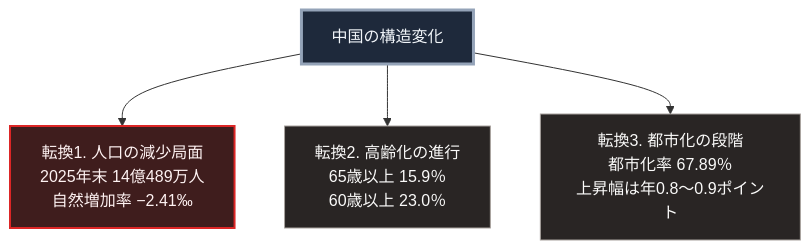
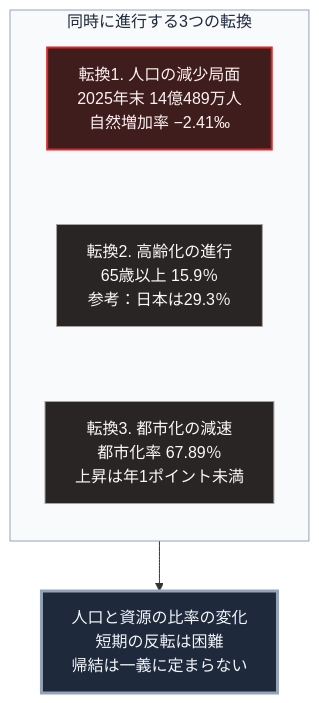
The diagram in books/sovereign-resilience-blueprint/china-current-state.md (Takenori-Kusaka/zenn-content), drawn with Mermaid before and after one commit. The commit also changed other lines of this file and 114 other files, not shown here.

````diff
--- a/books/sovereign-resilience-blueprint/china-current-state.md
+++ b/books/sovereign-resilience-blueprint/china-current-state.md
@@ -53,13 +53,15 @@
 ```mermaid
 flowchart TD
-    C[中国の構造変化]
+    subgraph G[同時に進行する3つの転換]
+        direction TB
+        T1[転換1. 人口の減少局面<br>2025年末 14億489万人<br>自然増加率 −2.41‰] ~~~ T2[転換2. 高齢化の進行<br>65歳以上 15.9％<br>参考：日本は29.3％]
+        T2 ~~~ T3[転換3. 都市化の減速<br>都市化率 67.89％<br>上昇は年1ポイント未満]
+    end
+    G --> C[人口と資源の比率の変化<br>短期の反転は困難<br>帰結は一義に定まらない]
 
-    C --> T1[転換1. 人口の減少局面<br>2025年末 14億489万人<br>自然増加率 −2.41‰]
-    C --> T2[転換2. 高齢化の進行<br>65歳以上 15.9％<br>60歳以上 23.0％]
-    C --> T3[転換3. 都市化の段階<br>都市化率 67.89％<br>上昇幅は年0.8〜0.9ポイント]
-
-    style C fill:#1e293b,stroke:#94a3b8,stroke-width:3px,color:#f1f5f9
     style T1 fill:#3f1d1d,stroke:#dc2626,stroke-width:2px,color:#fef2f2
     style T2 fill:#292524,stroke:#a8a29e,color:#fafaf9
     style T3 fill:#292524,stroke:#a8a29e,color:#fafaf9
+    style C fill:#1e293b,stroke:#94a3b8,stroke-width:3px,color:#f1f5f9
+    style G fill:#f8fafc,stroke:#94a3b8,color:#1e293b
 ```
````
